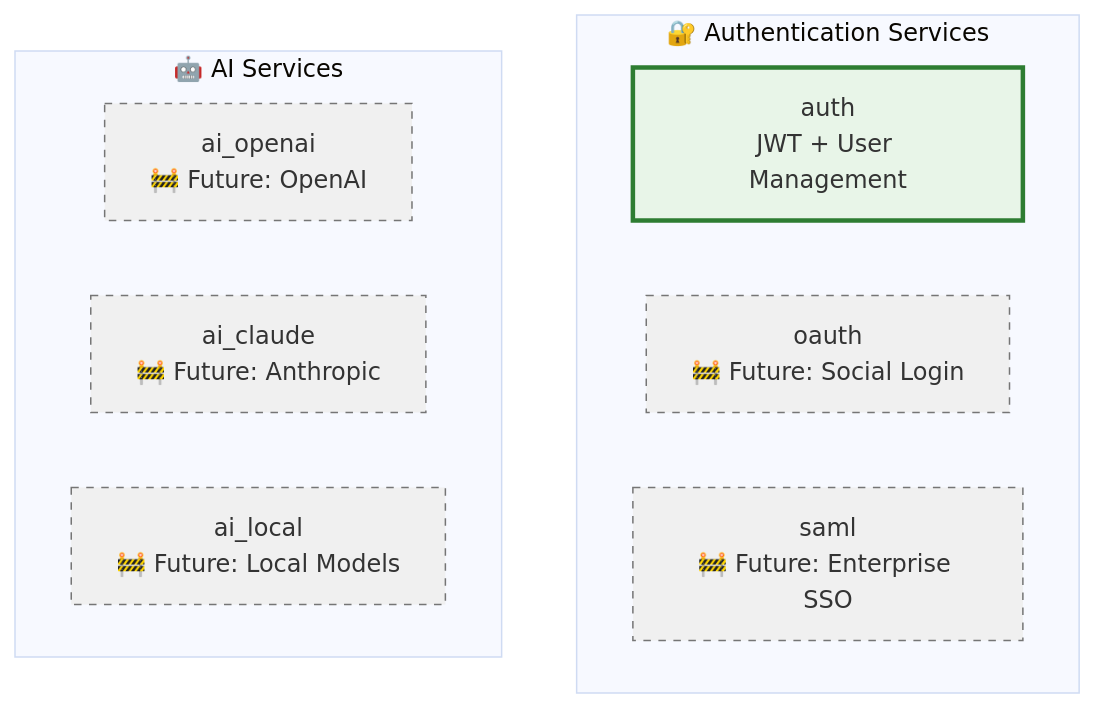
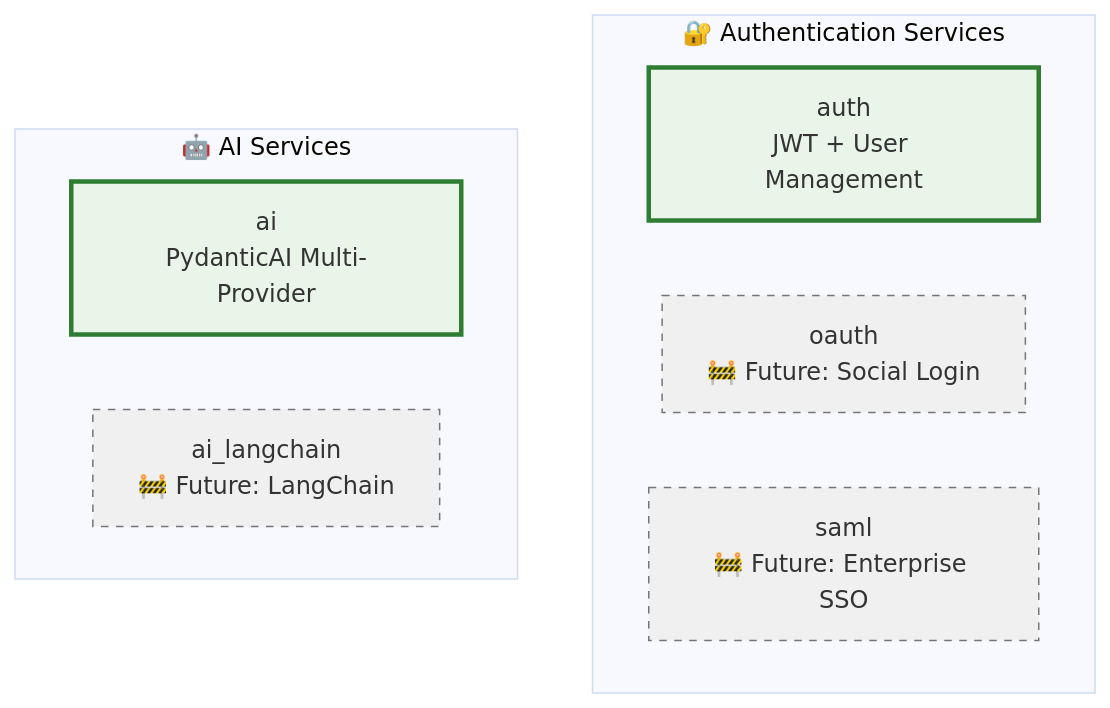
The third of 4 diagrams in docs/services/index.md (bhardwajRahul/aegis-stack), drawn with Mermaid (base theme) before and after one commit. The commit also changed other lines of this file and 32 other files, not shown here.

````diff
--- a/docs/services/index.md
+++ b/docs/services/index.md
@@ -120,21 +119,19 @@
 ```mermaid
 graph TB
     subgraph "🔐 Authentication Services"
         AuthJWT[auth<br/>JWT + User Management]
         AuthOAuth[oauth<br/>🚧 Future: Social Login]
         AuthSAML[saml<br/>🚧 Future: Enterprise SSO]
     end
 
     subgraph "🤖 AI Services"
-        AIOpenAI[ai_openai<br/>🚧 Future: OpenAI]
-        AIClaude[ai_claude<br/>🚧 Future: Anthropic]
-        AILocal[ai_local<br/>🚧 Future: Local Models]
+        AIPydantic[ai<br/>PydanticAI Multi-Provider]
+        AILangChain[ai_langchain<br/>🚧 Future: LangChain]
     end
 
     style AuthJWT fill:#e8f5e8,stroke:#2e7d32,stroke-width:3px
     style AuthOAuth fill:#f0f0f0,stroke:#757575,stroke-dasharray: 5 5
     style AuthSAML fill:#f0f0f0,stroke:#757575,stroke-dasharray: 5 5
-    style AIOpenAI fill:#f0f0f0,stroke:#757575,stroke-dasharray: 5 5
-    style AIClaude fill:#f0f0f0,stroke:#757575,stroke-dasharray: 5 5
-    style AILocal fill:#f0f0f0,stroke:#757575,stroke-dasharray: 5 5
+    style AIPydantic fill:#e8f5e8,stroke:#2e7d32,stroke-width:3px
+    style AILangChain fill:#f0f0f0,stroke:#757575,stroke-dasharray: 5 5
 ```
````
